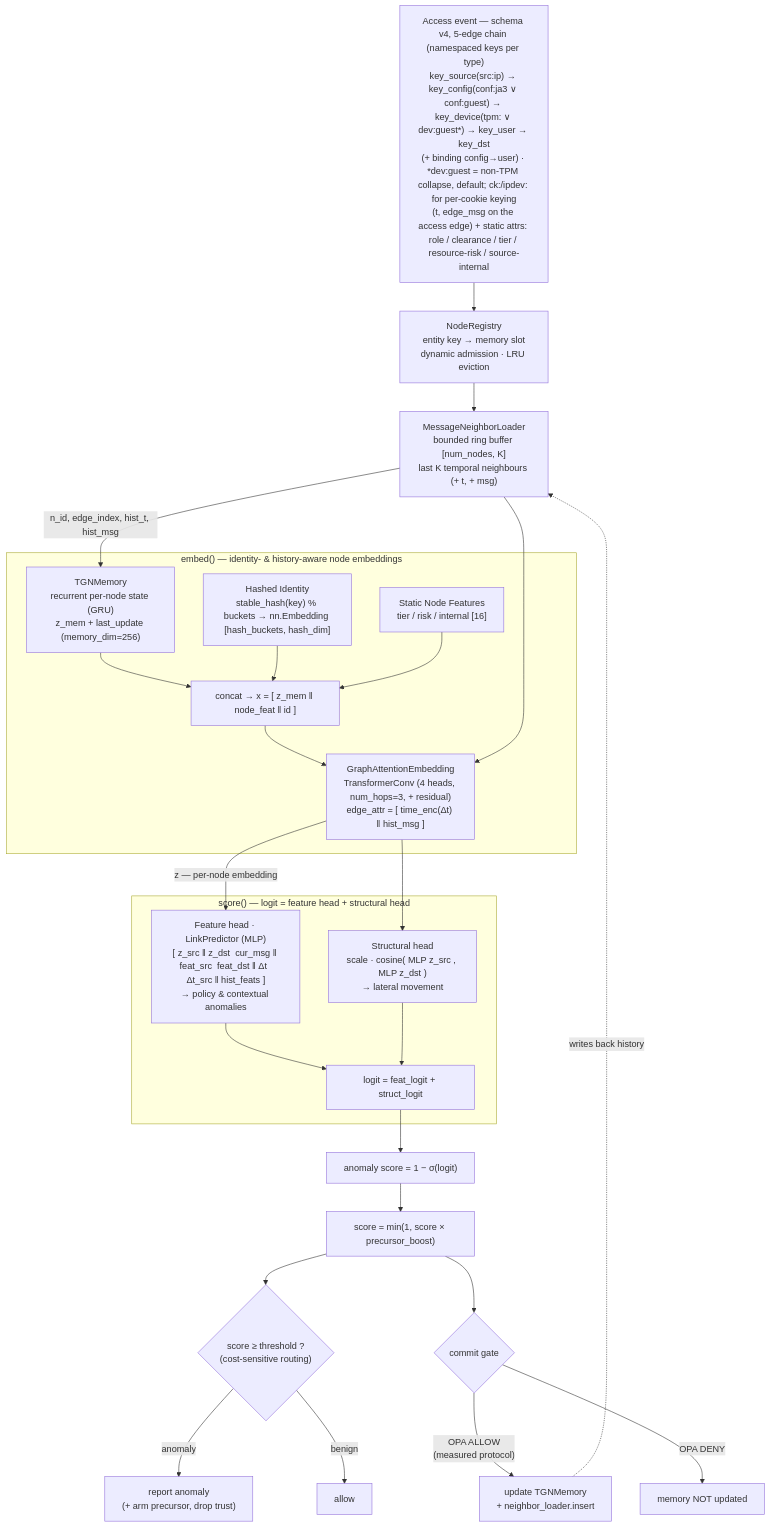
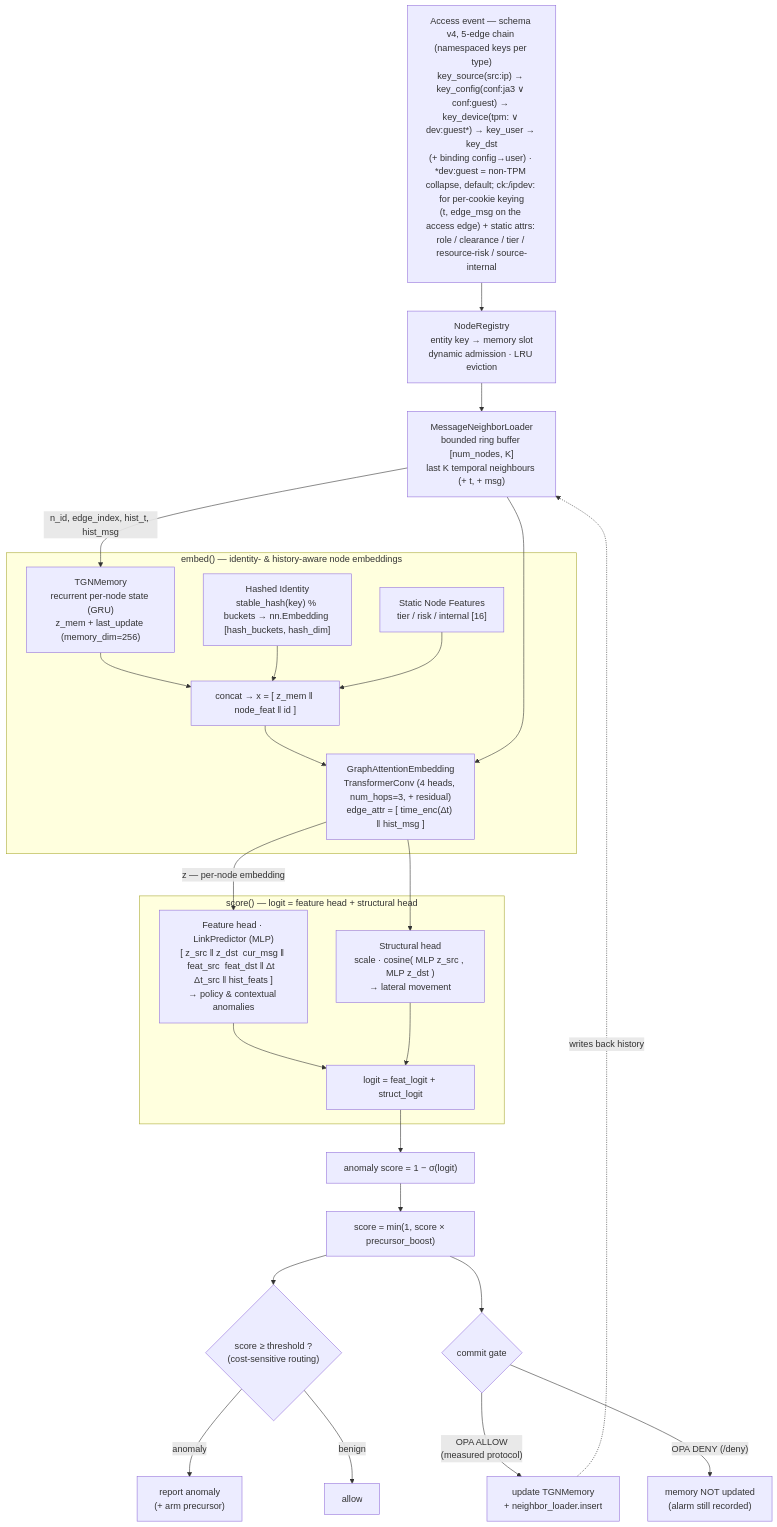
One commit to DDoS-Fury/Papergate changed the diagram in README.md. Above: the diagram before and after it, drawn with Mermaid. The commit also changed other lines of this file and 9 other files, not shown here.

````diff
--- a/README.md
+++ b/README.md
@@ -61,41 +61,41 @@
 ```mermaid
 flowchart TD
     EV["Access event — schema v4, 5-edge chain (namespaced keys per type)<br/>key_source(src:ip) → key_config(conf:ja3 ∨ conf:guest) → key_device(tpm: ∨ dev:guest*) → key_user → key_dst<br/>(+ binding config→user) · *dev:guest = non-TPM collapse, default; ck:/ipdev: for per-cookie keying<br/>(t, edge_msg on the access edge) + static attrs: role / clearance / tier / resource-risk / source-internal"]
     REG["NodeRegistry<br/>entity key → memory slot<br/>dynamic admission · LRU eviction"]
     NL["MessageNeighborLoader<br/>bounded ring buffer [num_nodes, K]<br/>last K temporal neighbours (+ t, + msg)"]
     EV --> REG --> NL
 
     subgraph EMB["embed() — identity- & history-aware node embeddings"]
         MEM["TGNMemory<br/>recurrent per-node state (GRU)<br/>z_mem + last_update (memory_dim=256)"]
         ID["Hashed Identity<br/>stable_hash(key) % buckets → nn.Embedding [hash_buckets, hash_dim]"]
         STAT["Static Node Features<br/>tier / risk / internal [16]"]
         CAT["concat → x = [ z_mem ‖ node_feat ‖ id ]"]
         GNN["GraphAttentionEmbedding<br/>TransformerConv (4 heads, num_hops=3, + residual)<br/>edge_attr = [ time_enc(Δt) ‖ hist_msg ]"]
         MEM --> CAT
         ID --> CAT
         STAT --> CAT
         CAT --> GNN
     end
     NL -->|"n_id, edge_index, hist_t, hist_msg"| MEM
     NL --> GNN
 
     subgraph SCOREG["score() — logit = feature head + structural head"]
         FEAT["Feature head · LinkPredictor (MLP)<br/>[ z_src ‖ z_dst  cur_msg ‖ feat_src  feat_dst ‖ Δt  Δt_src ‖ hist_feats ]<br/>→ policy & contextual anomalies"]
         STR["Structural head<br/>scale · cosine( MLP z_src , MLP z_dst )<br/>→ lateral movement"]
         SUM["logit = feat_logit + struct_logit"]
         FEAT --> SUM
         STR --> SUM
     end
 
     GNN -->|"z — per-node embedding"| FEAT
     GNN --> STR
     SUM --> SCO["anomaly score = 1 − σ(logit)"]
     SCO --> PREC["score = min(1, score × precursor_boost)"]
     PREC --> DEC{"score ≥ threshold ?<br/>(cost-sensitive routing)"}
-    DEC -->|anomaly| REP["report anomaly<br/>(+ arm precursor, drop trust)"]
+    DEC -->|anomaly| REP["report anomaly<br/>(+ arm precursor)"]
     DEC -->|benign| OK["allow"]
     PREC --> GATE{"commit gate"}
     GATE -->|"OPA ALLOW<br/>(measured protocol)"| UPD["update TGNMemory<br/>+ neighbor_loader.insert"]
-    GATE -->|"OPA DENY"| NOUPD["memory NOT updated"]
+    GATE -->|"OPA DENY (/deny)"| NOUPD["memory NOT updated<br/>(alarm still recorded)"]
     UPD -.->|writes back history| NL
 ```
````
